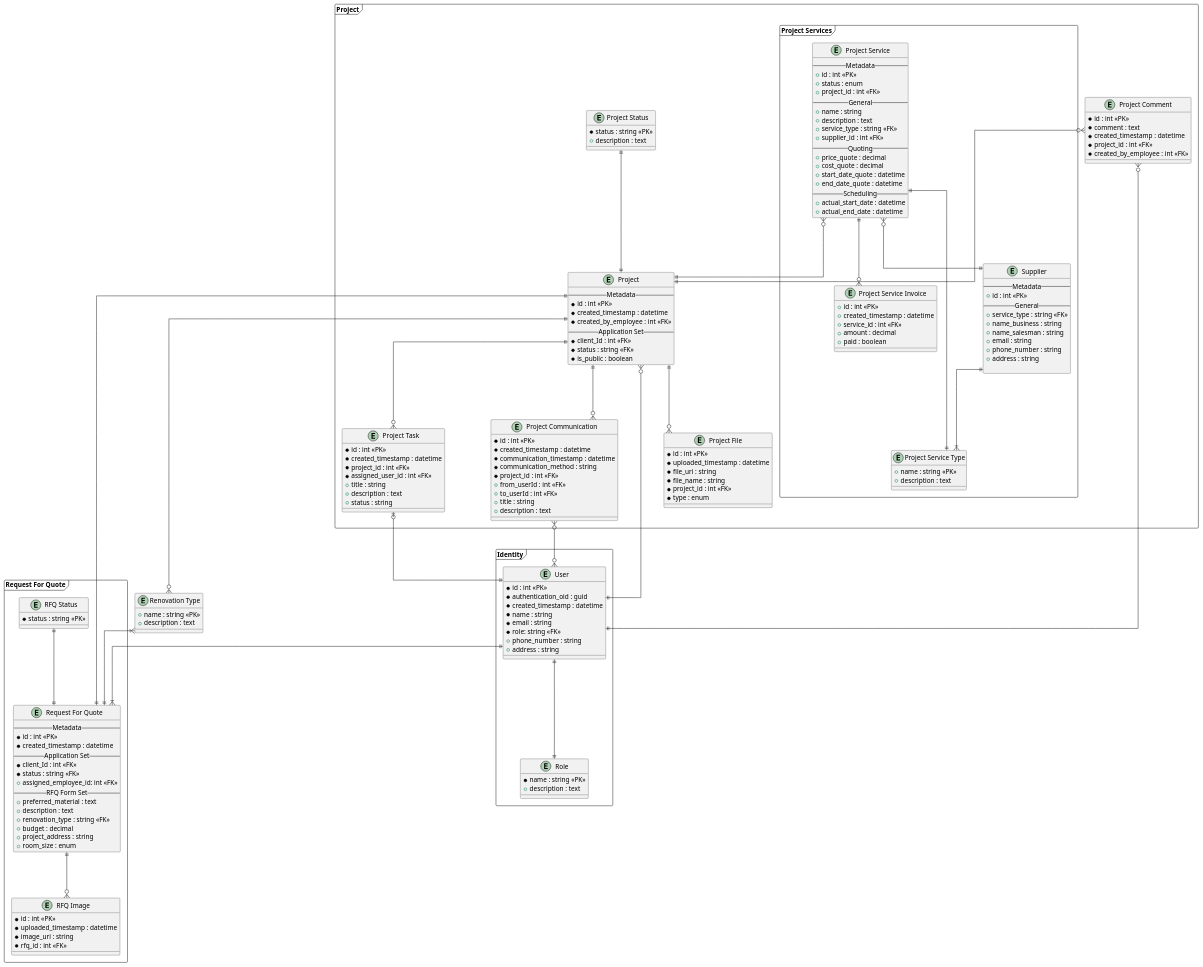
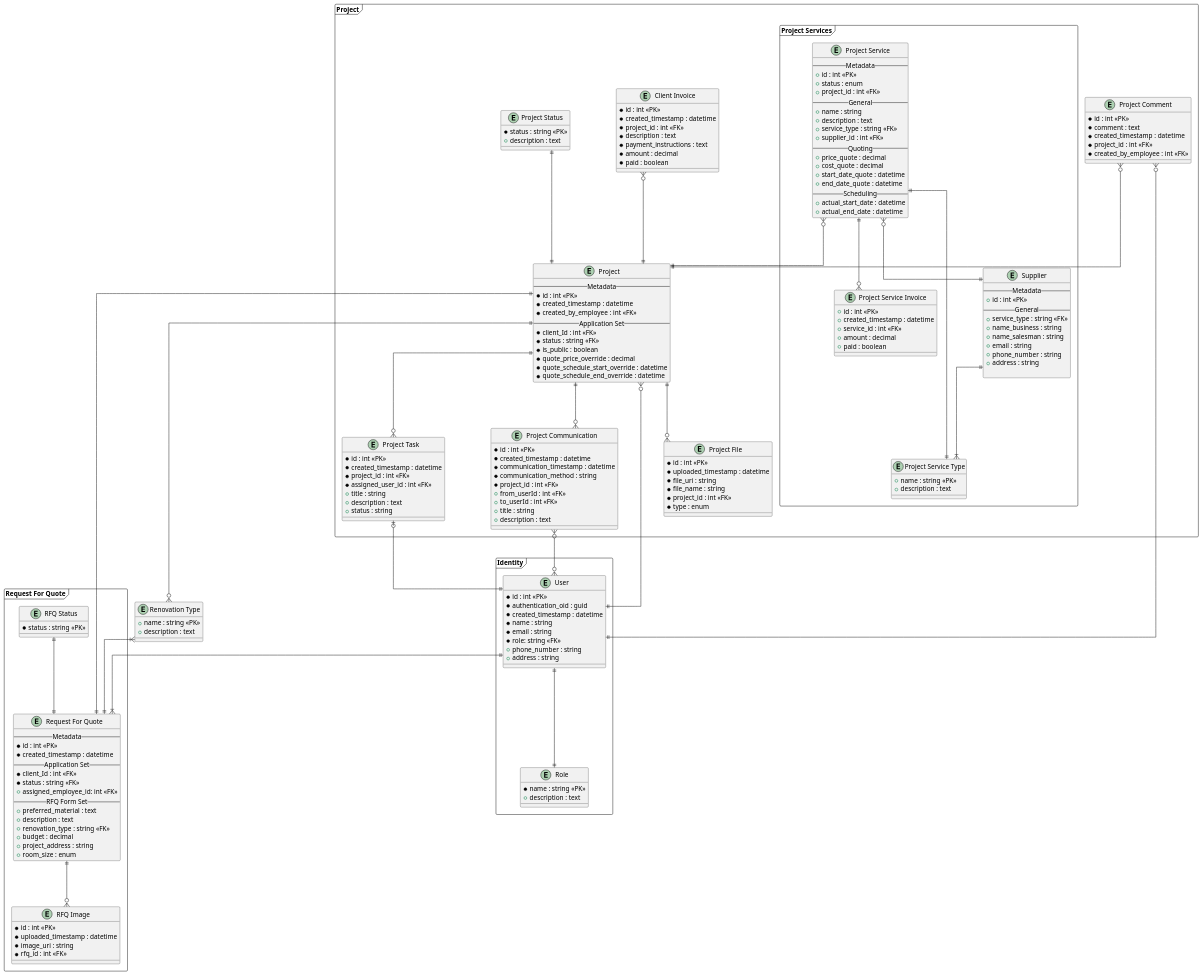
Before and after one commit to Web-Development-UAlberta/exsm-3951-exsm-3943-spring-2025-python-c-project-construction-project-team: the diagram in docs/ERD/ERD.plantuml, drawn with PlantUML. The commit also changed 1 other file, not shown here.

Commit message:
Add client invoice table;

```diff
--- a/docs/ERD/ERD.plantuml
+++ b/docs/ERD/ERD.plantuml
@@ -76,6 +76,19 @@
     *client_Id : int <<FK>>
     *status : string <<FK>>
     *is_public : boolean
+    *quote_price_override : decimal
+    *quote_schedule_start_override : datetime
+    *quote_schedule_end_override : datetime
+    }
+
+    entity "Client Invoice" as ClientInvoice {
+        *id : int <<PK>>
+        *created_timestamp : datetime
+        *project_id : int <<FK>>
+        *description : text
+        *payment_instructions : text
+        *amount : decimal
+        *paid : boolean
     }
 
     entity "Project Comment" as ProjectComment {
@@ -184,6 +197,7 @@
     ProjectStatus ||--|| Project
     ProjectComment }o--|| Project
     ProjectComment }o--|| User
+    ClientInvoice }o--|| Project
     
 }
 
```
